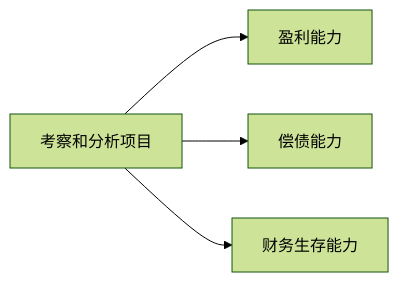
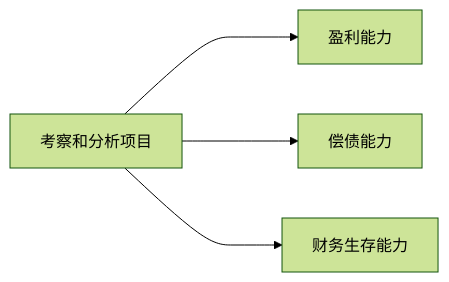
The diagram in src/site/notes/技术经济与工程管理.md (UNLINEARITY/Learn-Everything), drawn with Mermaid (forest theme) before and after one commit. The commit also changed other lines of this file and 20 other files, not shown here.

````diff
--- a/src/site/notes/技术经济与工程管理.md
+++ b/src/site/notes/技术经济与工程管理.md
@@ -30,4 +30,4 @@
 ```mermaid
 graph LR
-考察和分析项目--> 盈利能力 & 偿债能力 & 财务生存能力
+考察和分析项目---> 盈利能力 & 偿债能力 & 财务生存能力
 ```
````
